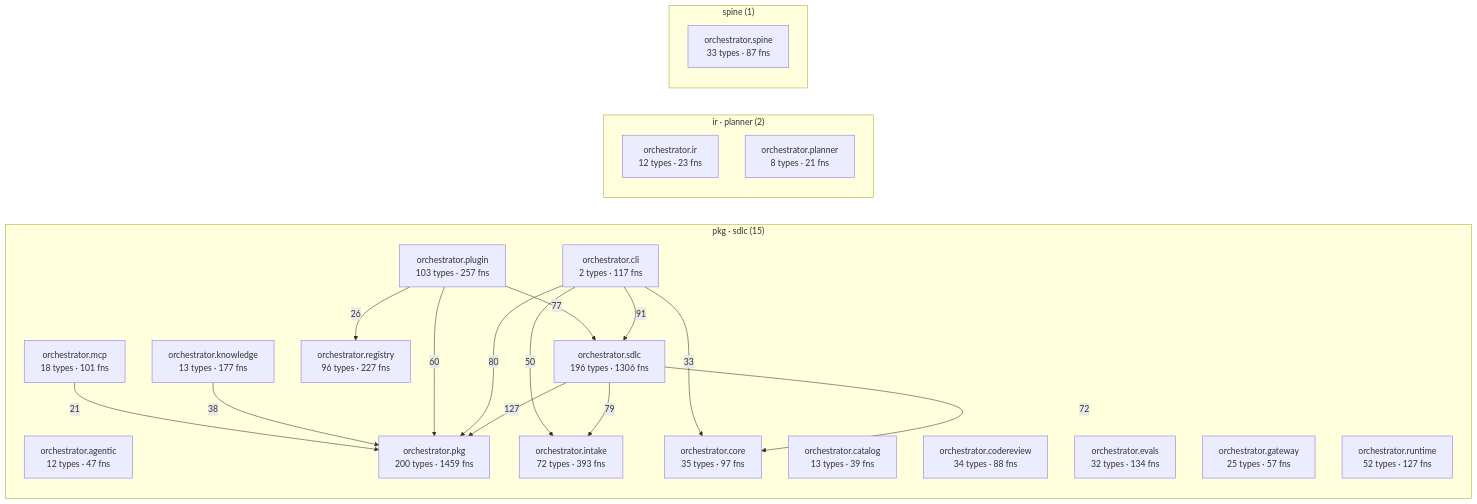
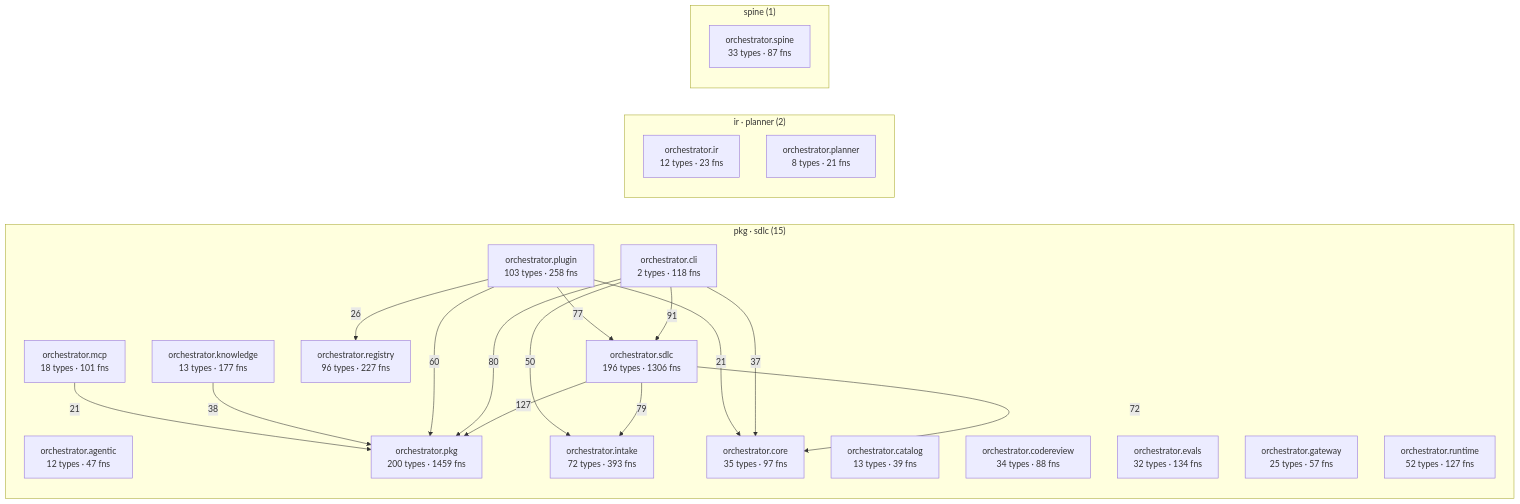
Before and after one commit to synaptixs/spine: the diagram in episteme/architecture.md, drawn with Mermaid. The commit also changed other lines of this file and 17 other files, not shown here.

````diff
--- a/episteme/architecture.md
+++ b/episteme/architecture.md
@@ -56,39 +56,40 @@
 ```mermaid
 flowchart LR
   subgraph c_2["pkg · sdlc (15)"]
     aorchestratoragentic["orchestrator.agentic<br/>12 types · 47 fns"]
     aorchestratorcatalog["orchestrator.catalog<br/>13 types · 39 fns"]
-    aorchestratorcli["orchestrator.cli<br/>2 types · 117 fns"]
+    aorchestratorcli["orchestrator.cli<br/>2 types · 118 fns"]
     aorchestratorcodereview["orchestrator.codereview<br/>34 types · 88 fns"]
     aorchestratorcore["orchestrator.core<br/>35 types · 97 fns"]
     aorchestratorevals["orchestrator.evals<br/>32 types · 134 fns"]
     aorchestratorgateway["orchestrator.gateway<br/>25 types · 57 fns"]
     aorchestratorintake["orchestrator.intake<br/>72 types · 393 fns"]
     aorchestratorknowledge["orchestrator.knowledge<br/>13 types · 177 fns"]
     aorchestratormcp["orchestrator.mcp<br/>18 types · 101 fns"]
     aorchestratorpkg["orchestrator.pkg<br/>200 types · 1459 fns"]
-    aorchestratorplugin["orchestrator.plugin<br/>103 types · 257 fns"]
+    aorchestratorplugin["orchestrator.plugin<br/>103 types · 258 fns"]
     aorchestratorregistry["orchestrator.registry<br/>96 types · 227 fns"]
     aorchestratorruntime["orchestrator.runtime<br/>52 types · 127 fns"]
     aorchestratorsdlc["orchestrator.sdlc<br/>196 types · 1306 fns"]
   end
   subgraph c_6["ir · planner (2)"]
     aorchestratorir["orchestrator.ir<br/>12 types · 23 fns"]
     aorchestratorplanner["orchestrator.planner<br/>8 types · 21 fns"]
   end
   subgraph c_12["spine (1)"]
     aorchestratorspine["orchestrator.spine<br/>33 types · 87 fns"]
   end
   aorchestratorsdlc -->|127| aorchestratorpkg
   aorchestratorcli -->|91| aorchestratorsdlc
   aorchestratorcli -->|80| aorchestratorpkg
   aorchestratorsdlc -->|79| aorchestratorintake
   aorchestratorplugin -->|77| aorchestratorsdlc
   aorchestratorsdlc -->|72| aorchestratorcore
   aorchestratorplugin -->|60| aorchestratorpkg
   aorchestratorcli -->|50| aorchestratorintake
   aorchestratorknowledge -->|38| aorchestratorpkg
-  aorchestratorcli -->|33| aorchestratorcore
+  aorchestratorcli -->|37| aorchestratorcore
   aorchestratorplugin -->|26| aorchestratorregistry
   aorchestratormcp -->|21| aorchestratorpkg
+  aorchestratorplugin -->|21| aorchestratorcore
 ```
````
